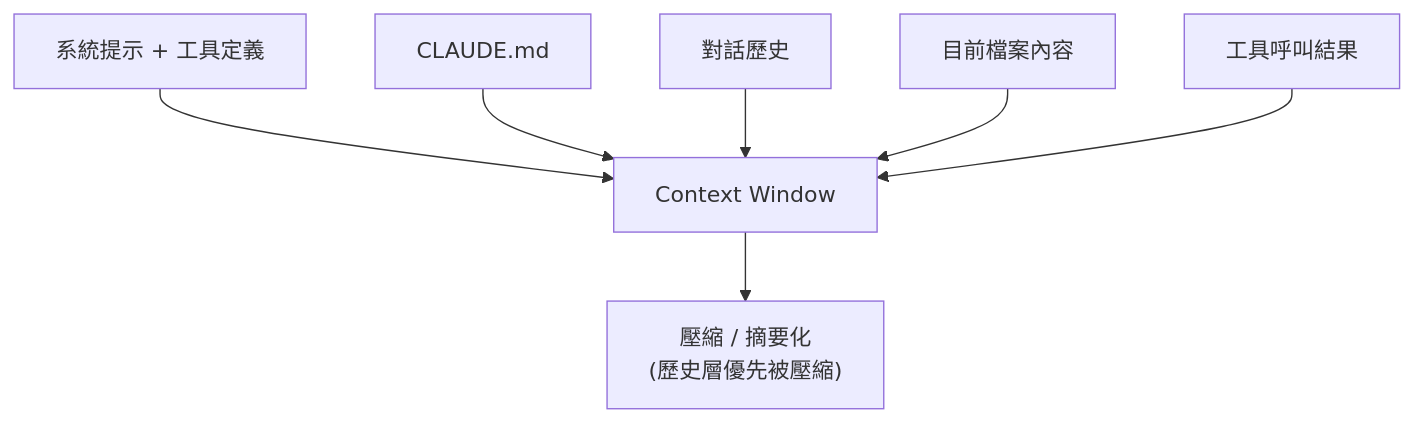
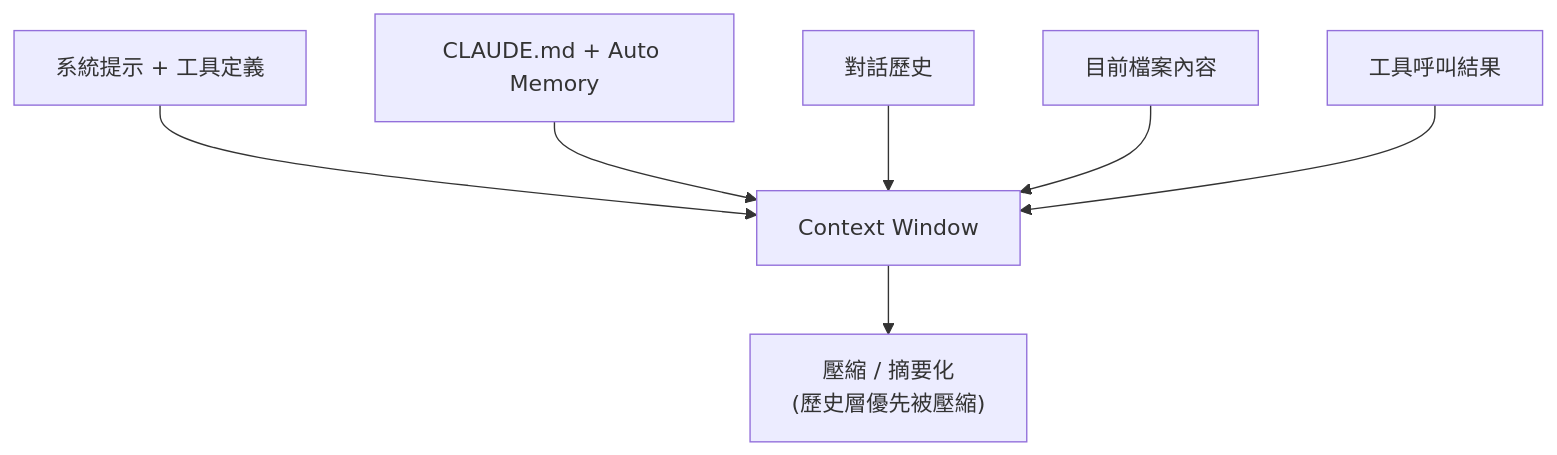
One commit to chihhung/Blog changed the ninth of 33 diagrams in content/posts/教學/AI開發/claude code cli 教學手冊.md. Above: the diagram before and after it, drawn with Mermaid. The commit also changed other lines of this file and 1 other file, not shown here.

````diff
--- a/content/posts/教學/AI開發/claude code cli 教學手冊.md
+++ b/content/posts/教學/AI開發/claude code cli 教學手冊.md
@@ -744,9 +900,9 @@
 ```mermaid
 graph TB
     Sys["系統提示 + 工具定義"] --> Window["Context Window"]
-    Claude["CLAUDE.md"] --> Window
+    Claude["CLAUDE.md + Auto Memory"] --> Window
     Hist["對話歷史"] --> Window
     Files["目前檔案內容"] --> Window
     Tools["工具呼叫結果"] --> Window
     Window --> Compact["壓縮 / 摘要化<br/>(歷史層優先被壓縮)"]
 ```
````
